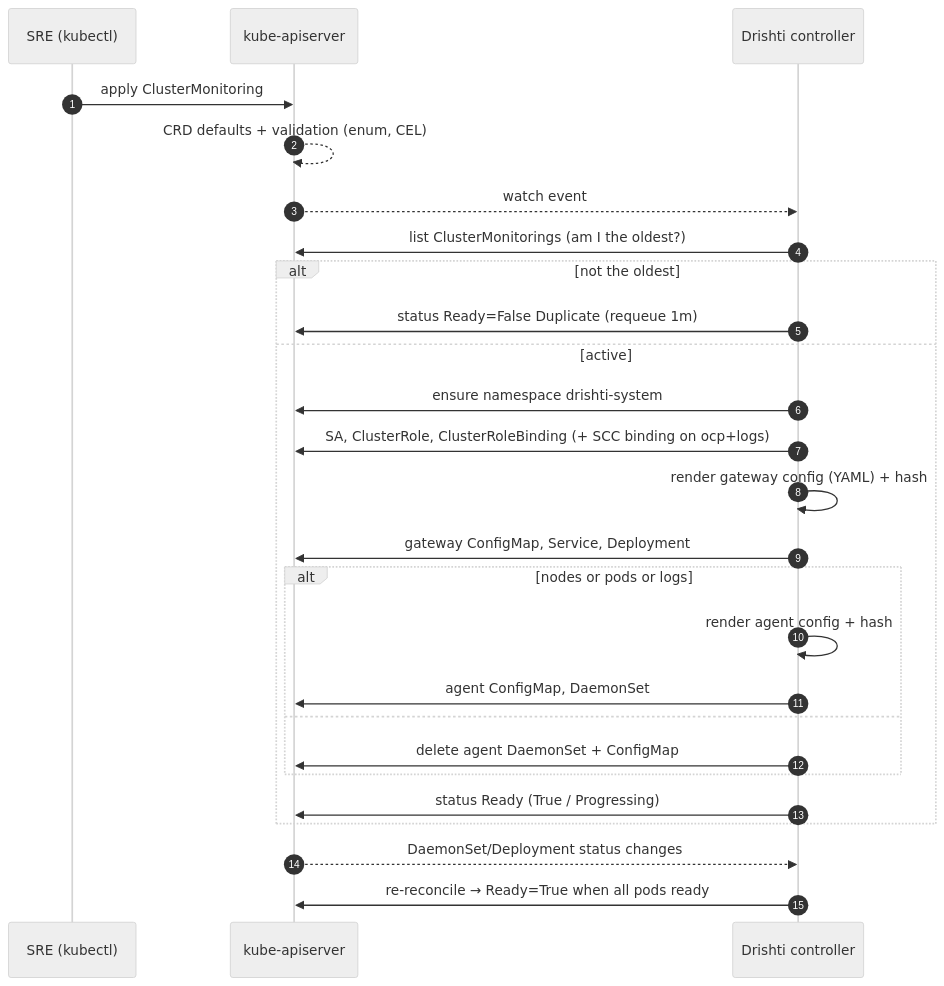
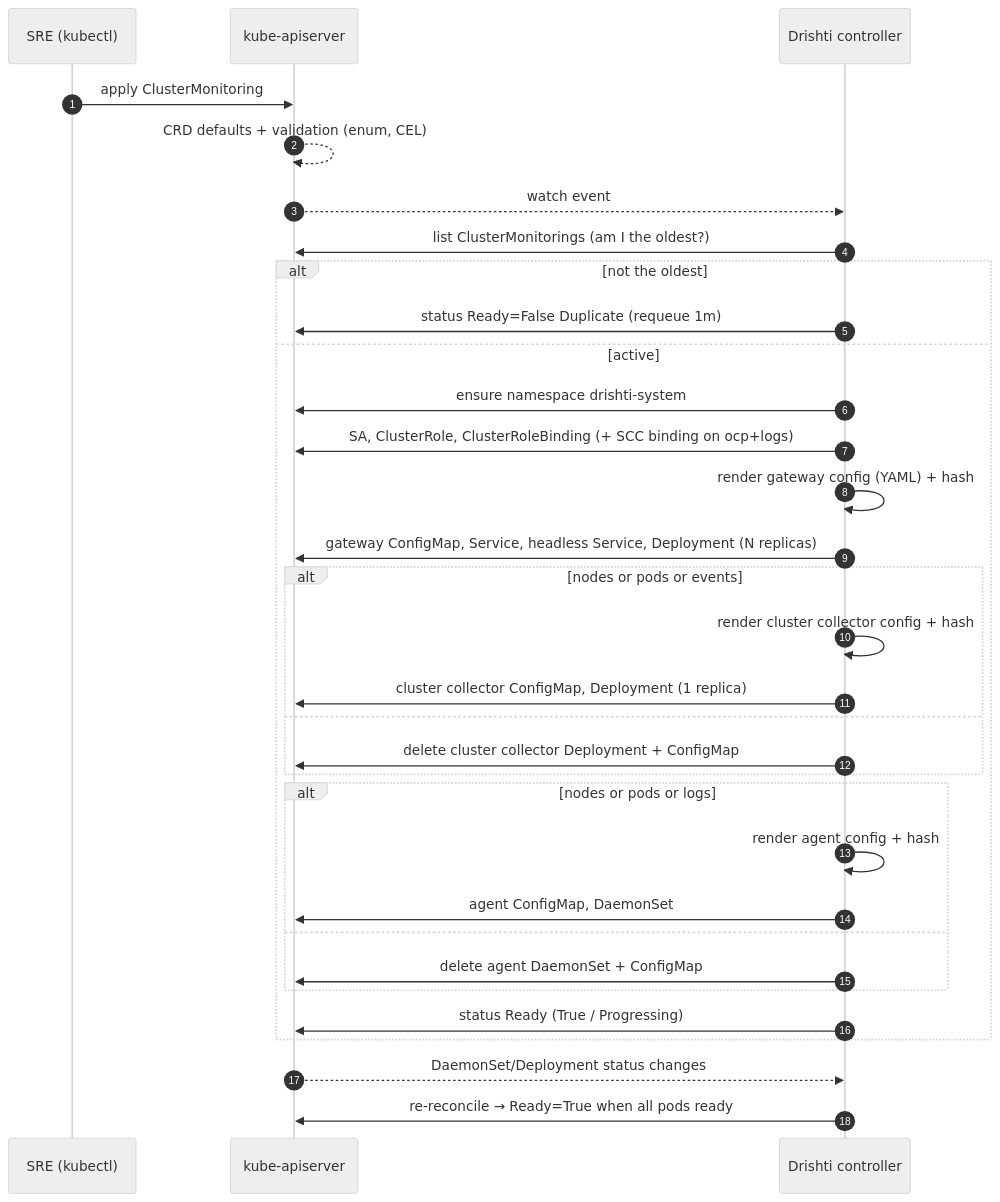
Before and after one commit to rupamjbordoloi/kubernetes-operator: the second of 2 diagrams in README.md, drawn with Mermaid (neutral theme). The commit also changed other lines of this file and 9 other files, not shown here.

Commit message:
fix: separate cluster collector and gateway

````diff
--- a/README.md
+++ b/README.md
@@ -657,28 +682,34 @@
 ```mermaid
 sequenceDiagram
   autonumber
   participant U as SRE (kubectl)
   participant A as kube-apiserver
   participant C as Drishti controller
   U->>A: apply ClusterMonitoring
   A-->>A: CRD defaults + validation (enum, CEL)
   A-->>C: watch event
   C->>A: list ClusterMonitorings (am I the oldest?)
   alt not the oldest
     C->>A: status Ready=False Duplicate (requeue 1m)
   else active
     C->>A: ensure namespace drishti-system
     C->>A: SA, ClusterRole, ClusterRoleBinding (+ SCC binding on ocp+logs)
     C->>C: render gateway config (YAML) + hash
-    C->>A: gateway ConfigMap, Service, Deployment
+    C->>A: gateway ConfigMap, Service, headless Service, Deployment (N replicas)
+    alt nodes or pods or events
+      C->>C: render cluster collector config + hash
+      C->>A: cluster collector ConfigMap, Deployment (1 replica)
+    else
+      C->>A: delete cluster collector Deployment + ConfigMap
+    end
     alt nodes or pods or logs
       C->>C: render agent config + hash
       C->>A: agent ConfigMap, DaemonSet
     else
       C->>A: delete agent DaemonSet + ConfigMap
     end
     C->>A: status Ready (True / Progressing)
   end
   A-->>C: DaemonSet/Deployment status changes
   C->>A: re-reconcile → Ready=True when all pods ready
 ```
````
